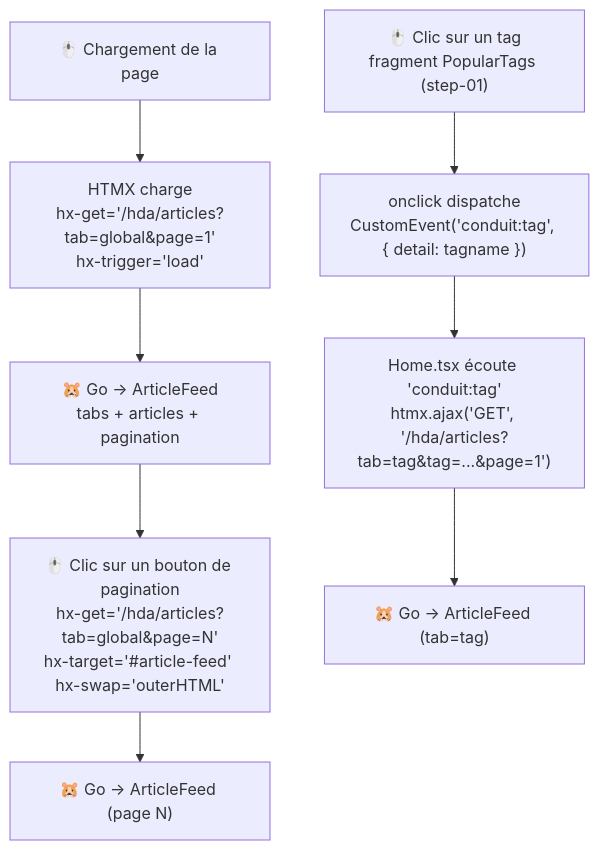
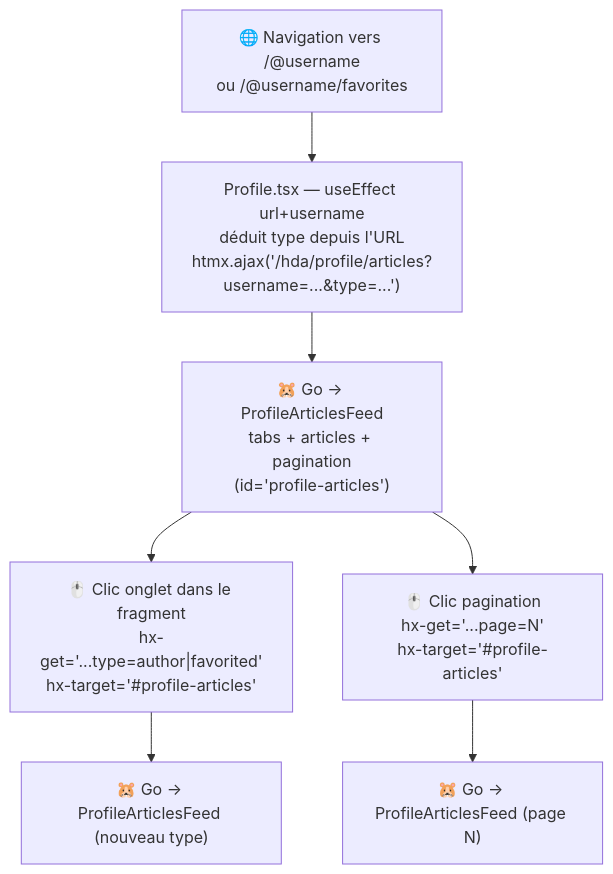
One commit to StephaneTrebel/htmx-de-maniere-simplix changed the diagram in MIGRATION_STEP.md. Above: the diagram before and after it, drawn with Mermaid. The commit also changed other lines of this file and 7 other files, not shown here.

First line of the commit message:
feat: migrate profile article list to Go+HTMX fragment (step-03)

````diff
--- a/MIGRATION_STEP.md
+++ b/MIGRATION_STEP.md
@@ -247,16 +180,14 @@
 ```mermaid
 flowchart TD
-    A["🖱️ Chargement de la page"]
-    B["HTMX charge\nhx-get='/hda/articles?tab=global&page=1'\nhx-trigger='load'"]
-    C["🐹 Go → ArticleFeed\ntabs + articles + pagination"]
-    D["🖱️ Clic sur un bouton de pagination\nhx-get='/hda/articles?tab=global&page=N'\nhx-target='#article-feed' hx-swap='outerHTML'"]
-    E["🐹 Go → ArticleFeed (page N)"]
-    F["🖱️ Clic sur un tag\nfragment PopularTags (step-01)"]
-    G["onclick dispatche\nCustomEvent('conduit:tag', { detail: tagname })"]
-    H["Home.tsx écoute 'conduit:tag'\nhtmx.ajax('GET', '/hda/articles?tab=tag&tag=...&page=1')"]
-    I["🐹 Go → ArticleFeed (tab=tag)"]
+    A["🌐 Navigation vers /@username\nou /@username/favorites"]
+    B["Profile.tsx — useEffect url+username\ndéduit type depuis l'URL\nhtmx.ajax('/hda/profile/articles?username=...&type=...')"]
+    C["🐹 Go → ProfileArticlesFeed\ntabs + articles + pagination\n(id='profile-articles')"]
+    D["🖱️ Clic onglet dans le fragment\nhx-get='...type=author|favorited'\nhx-target='#profile-articles'"]
+    E["🐹 Go → ProfileArticlesFeed (nouveau type)"]
+    F["🖱️ Clic pagination\nhx-get='...page=N'\nhx-target='#profile-articles'"]
+    G["🐹 Go → ProfileArticlesFeed (page N)"]
 
     A --> B --> C
     C --> D --> E
-    F --> G --> H --> I
+    C --> F --> G
 ```
````
